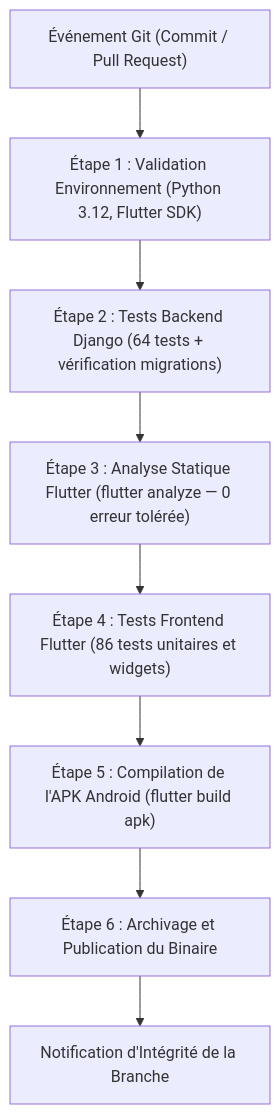
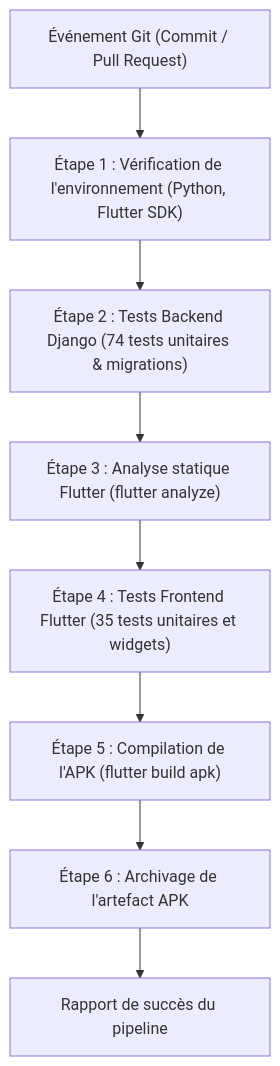
One commit to fadelilyas01/Projet-Synth-se changed the diagram in docs/DEPLOIEMENT_ET_CI_CD.md. Above: the diagram before and after it, drawn with Mermaid. The commit also changed other lines of this file and 2 other files, not shown here.

Commit message:
docs: add architecture, deployment, and security threat model documentation

````diff
--- a/docs/DEPLOIEMENT_ET_CI_CD.md
+++ b/docs/DEPLOIEMENT_ET_CI_CD.md
@@ -158,10 +160,10 @@
 ```mermaid
 flowchart TD
-    A["Événement Git (Commit / Pull Request)"] --> B["Étape 1 : Validation Environnement (Python 3.12, Flutter SDK)"]
-    B --> C["Étape 2 : Tests Backend Django (64 tests + vérification migrations)"]
-    C --> D["Étape 3 : Analyse Statique Flutter (flutter analyze — 0 erreur tolérée)"]
-    D --> E["Étape 4 : Tests Frontend Flutter (86 tests unitaires et widgets)"]
-    E --> F["Étape 5 : Compilation de l'APK Android (flutter build apk)"]
-    F --> G["Étape 6 : Archivage et Publication du Binaire"]
-    G --> H["Notification d'Intégrité de la Branche"]
+    A["Événement Git (Commit / Pull Request)"] --> B["Étape 1 : Vérification de l'environnement (Python, Flutter SDK)"]
+    B --> C["Étape 2 : Tests Backend Django (74 tests unitaires & migrations)"]
+    C --> D["Étape 3 : Analyse statique Flutter (flutter analyze)"]
+    D --> E["Étape 4 : Tests Frontend Flutter (35 tests unitaires et widgets)"]
+    E --> F["Étape 5 : Compilation de l'APK (flutter build apk)"]
+    F --> G["Étape 6 : Archivage de l'artefact APK"]
+    G --> H["Rapport de succès du pipeline"]
 ```
````
